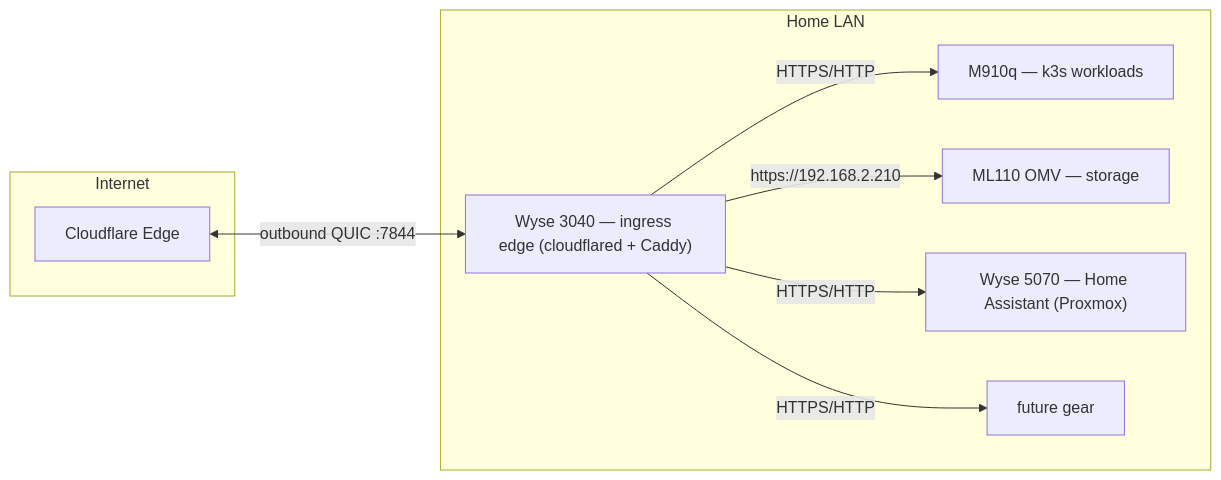
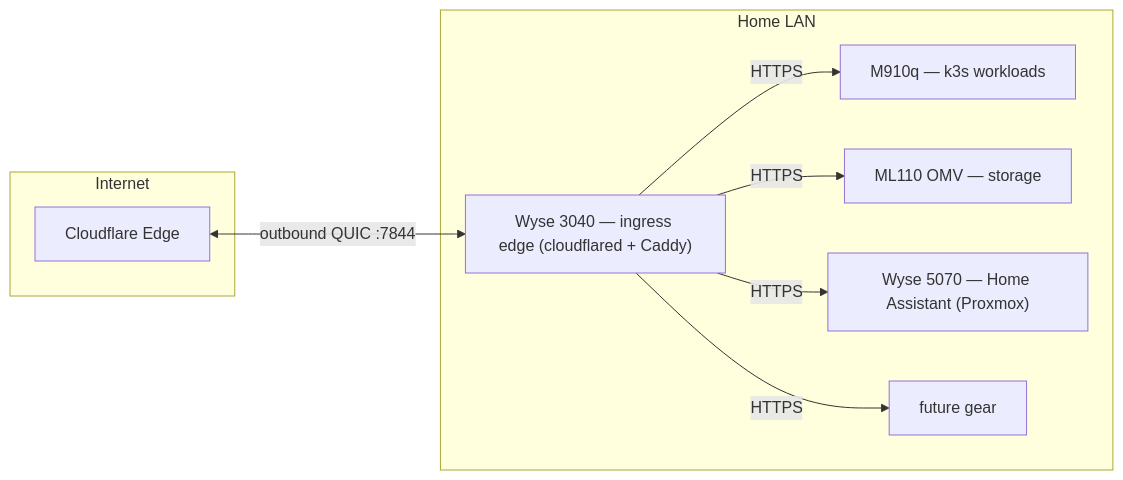
One commit to jaroslaw-bagnicki/Homelab changed the diagram in docs/ideas/04-edge-device-tunnel-caddy.md. Above: the diagram before and after it, drawn with Mermaid.

Commit message:
(docs) idea 04 diagram: HTTPS-only routing to backends, drop hardcoded OMV IP

````diff
--- a/docs/ideas/04-edge-device-tunnel-caddy.md
+++ b/docs/ideas/04-edge-device-tunnel-caddy.md
@@ -40,18 +40,18 @@
 ```mermaid
 flowchart LR
     subgraph Internet["Internet"]
         CF["Cloudflare Edge"]
     end
     subgraph LAN["Home LAN"]
         W3040["Wyse 3040 — ingress edge (cloudflared + Caddy)"]
         M910q["M910q — k3s workloads"]
         OMV["ML110 OMV — storage"]
         W5070["Wyse 5070 — Home Assistant (Proxmox)"]
         FUT["future gear"]
     end
     CF <-- "outbound QUIC :7844" --> W3040
-    W3040 -- "HTTPS/HTTP" --> M910q
-    W3040 -- "https://192.168.2.210" --> OMV
-    W3040 -- "HTTPS/HTTP" --> W5070
-    W3040 -- "HTTPS/HTTP" --> FUT
+    W3040 -- "HTTPS" --> M910q
+    W3040 -- "HTTPS" --> OMV
+    W3040 -- "HTTPS" --> W5070
+    W3040 -- "HTTPS" --> FUT
 ```
````
